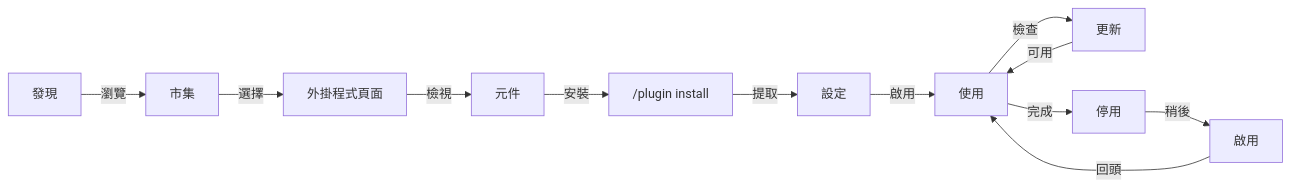
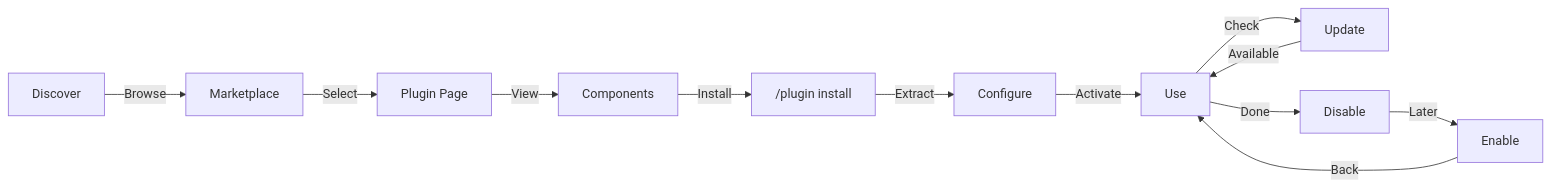
The fourth of 5 diagrams in 07-plugins/README.md (huckly/claude-howto-zh-tw), drawn with Mermaid before and after one commit. The commit also changed other lines of this file, not shown here.

````diff
--- a/07-plugins/README.md
+++ b/07-plugins/README.md
@@ -565,14 +597,14 @@
 ```mermaid
 graph LR
-    A["發現"] -->|瀏覽| B["市集"]
-    B -->|選擇| C["外掛程式頁面"]
-    C -->|檢視| D["元件"]
-    D -->|安裝| E["/plugin install"]
-    E -->|提取| F["設定"]
-    F -->|啟用| G["使用"]
-    G -->|檢查| H["更新"]
-    H -->|可用| G
-    G -->|完成| I["停用"]
-    I -->|稍後| J["啟用"]
-    J -->|回頭| G
+    A["Discover"] -->|Browse| B["Marketplace"]
+    B -->|Select| C["Plugin Page"]
+    C -->|View| D["Components"]
+    D -->|Install| E["/plugin install"]
+    E -->|Extract| F["Configure"]
+    F -->|Activate| G["Use"]
+    G -->|Check| H["Update"]
+    H -->|Available| G
+    G -->|Done| I["Disable"]
+    I -->|Later| J["Enable"]
+    J -->|Back| G
 ```
````
